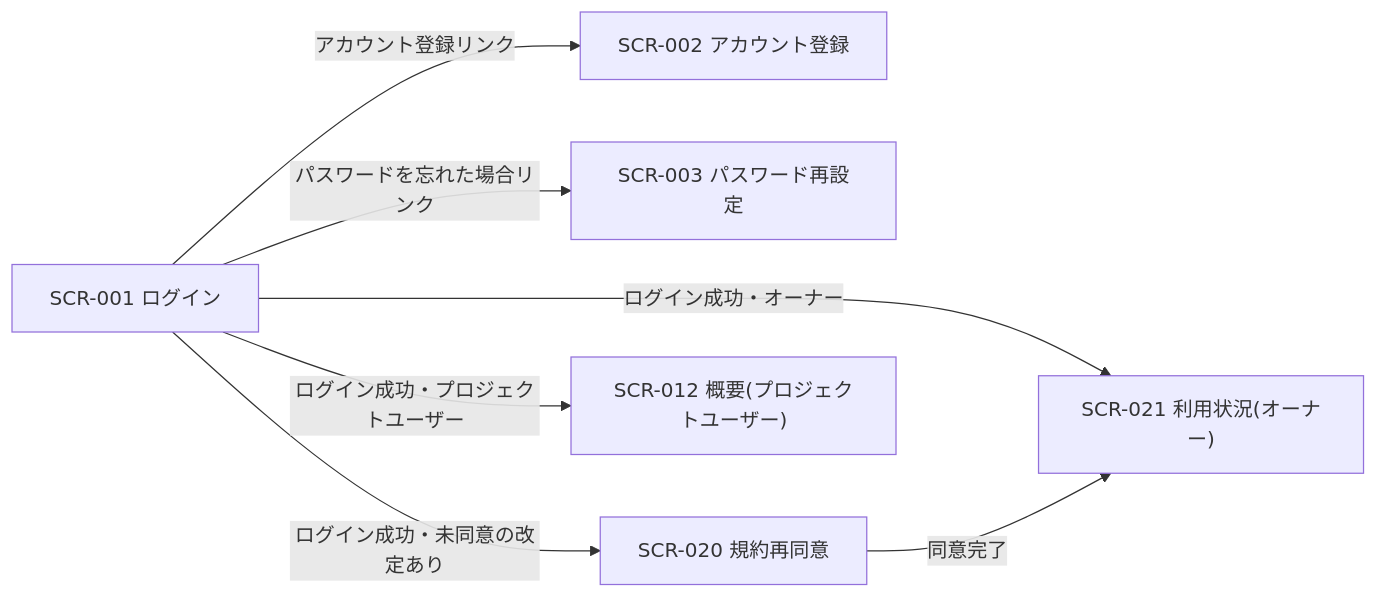
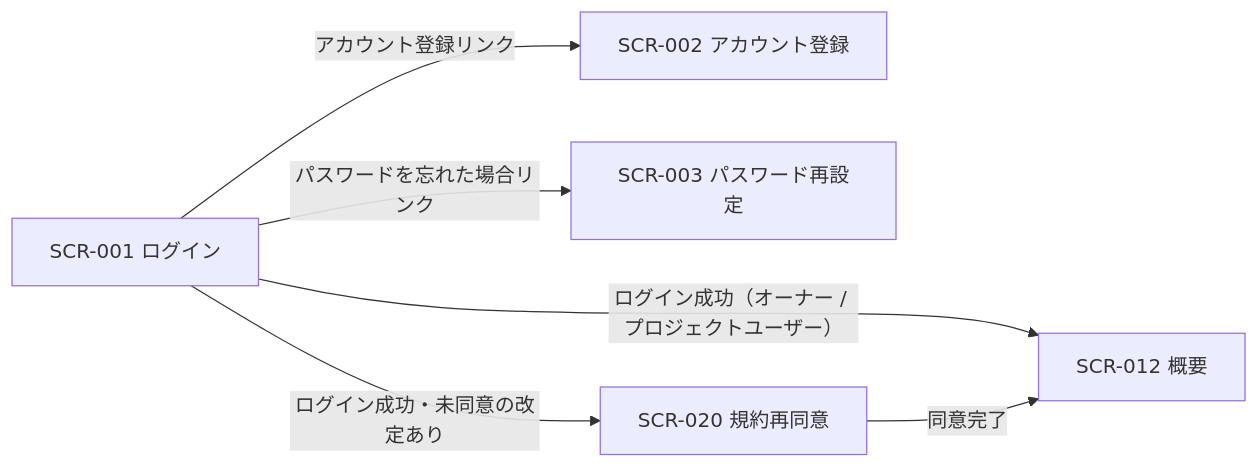
Before and after one commit to sikakou54/open-faq: the diagram in 02_basic_design/01_frontend/01_screens/SCR-001.md, drawn with Mermaid. The commit also changed other lines of this file and 198 other files, not shown here.

````diff
--- a/02_basic_design/01_frontend/01_screens/SCR-001.md
+++ b/02_basic_design/01_frontend/01_screens/SCR-001.md
@@ -20,15 +20,13 @@
 ```mermaid
 flowchart LR
   S1["SCR-001 ログイン"]
   S2["SCR-002 アカウント登録"]
   S3["SCR-003 パスワード再設定"]
   S15["SCR-020 規約再同意"]
-  S16["SCR-021 利用状況(オーナー)"]
-  S8["SCR-012 概要(プロジェクトユーザー)"]
+  S8["SCR-012 概要"]
   S1 -->|アカウント登録リンク| S2
   S1 -->|パスワードを忘れた場合リンク| S3
   S1 -->|ログイン成功・未同意の改定あり| S15
-  S1 -->|ログイン成功・オーナー| S16
-  S1 -->|ログイン成功・プロジェクトユーザー| S8
-  S15 -->|同意完了| S16
+  S1 -->|ログイン成功（オーナー / プロジェクトユーザー）| S8
+  S15 -->|同意完了| S8
 ```
````
